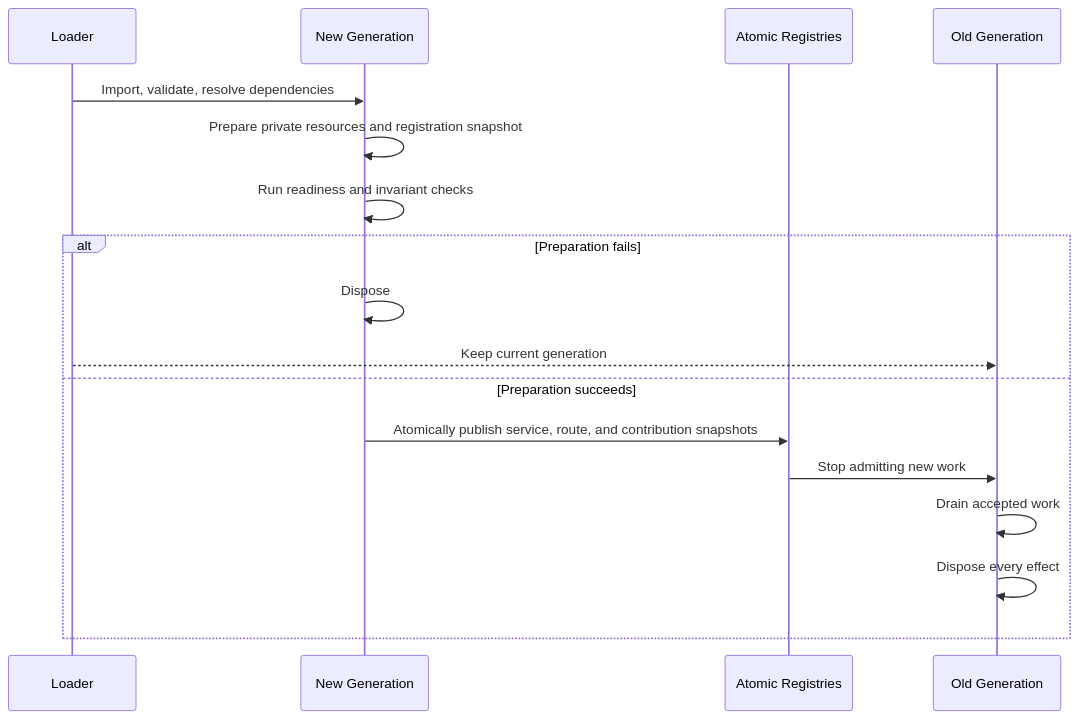
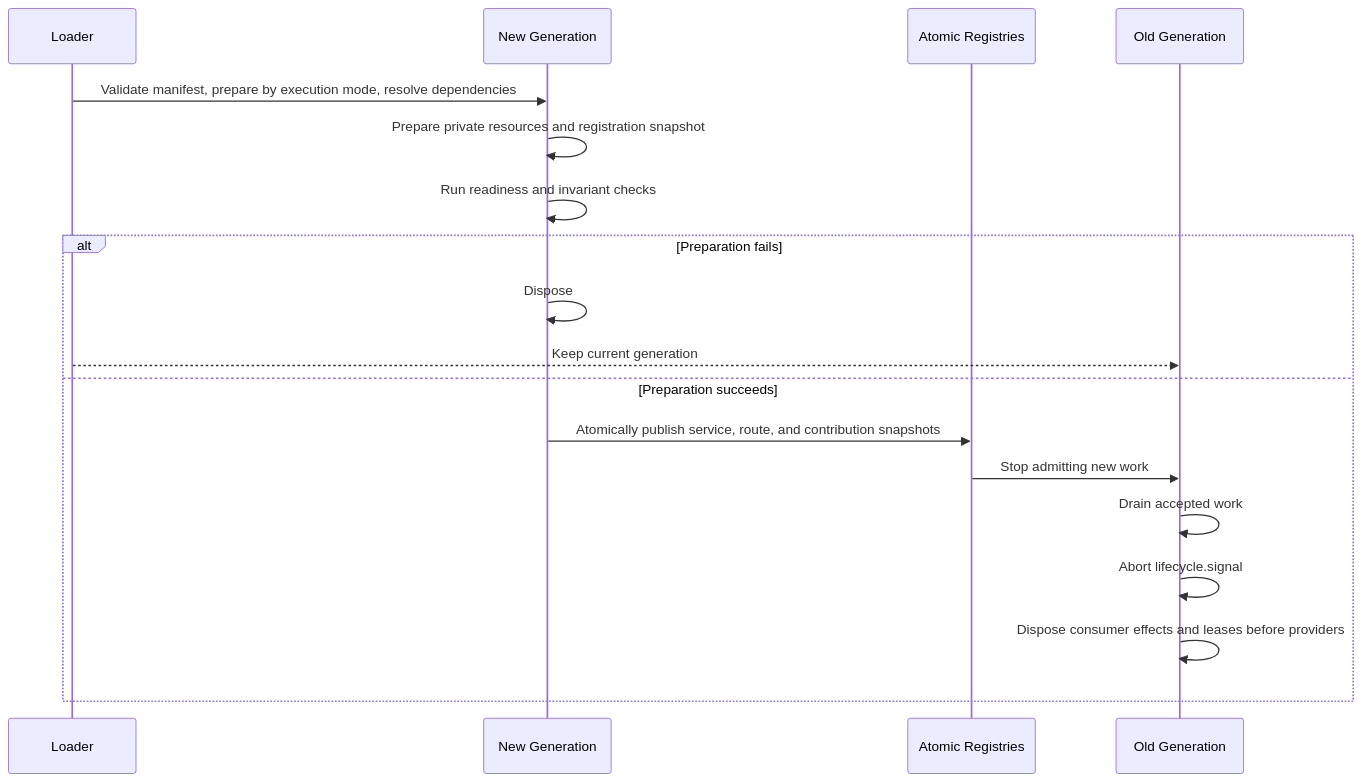
Before and after one commit to vb2250158/RabiRoute: the second of 2 diagrams in docs/manager-plugin-implementation-hot-swap_en.md, drawn with Mermaid. The commit also changed other lines of this file and 459 other files, not shown here.

First line of the commit message:
Release 0.2.2 lifecycle and plugin architecture

````diff
--- a/docs/manager-plugin-implementation-hot-swap_en.md
+++ b/docs/manager-plugin-implementation-hot-swap_en.md
@@ -335,20 +334,21 @@
 ```mermaid
 sequenceDiagram
     participant L as Loader
     participant N as New Generation
     participant R as Atomic Registries
     participant O as Old Generation
 
-    L->>N: Import, validate, resolve dependencies
+    L->>N: Validate manifest, prepare by execution mode, resolve dependencies
     N->>N: Prepare private resources and registration snapshot
     N->>N: Run readiness and invariant checks
     alt Preparation fails
         N->>N: Dispose
         L-->>O: Keep current generation
     else Preparation succeeds
         N->>R: Atomically publish service, route, and contribution snapshots
         R->>O: Stop admitting new work
         O->>O: Drain accepted work
-        O->>O: Dispose every effect
+        O->>O: Abort lifecycle.signal
+        O->>O: Dispose consumer effects and leases before providers
     end
 ```
````
